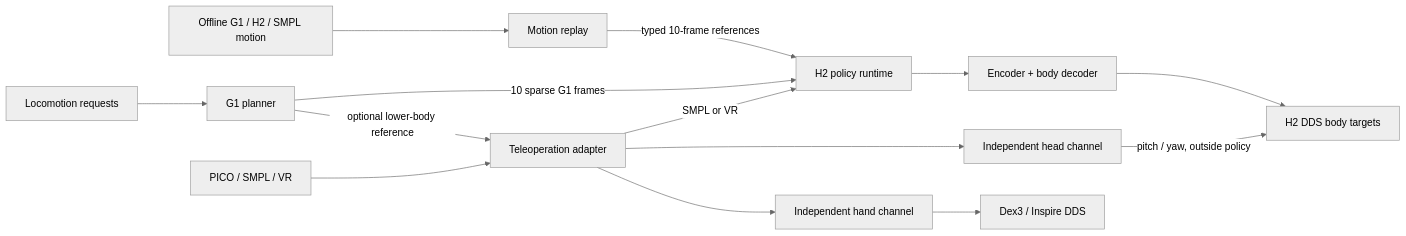
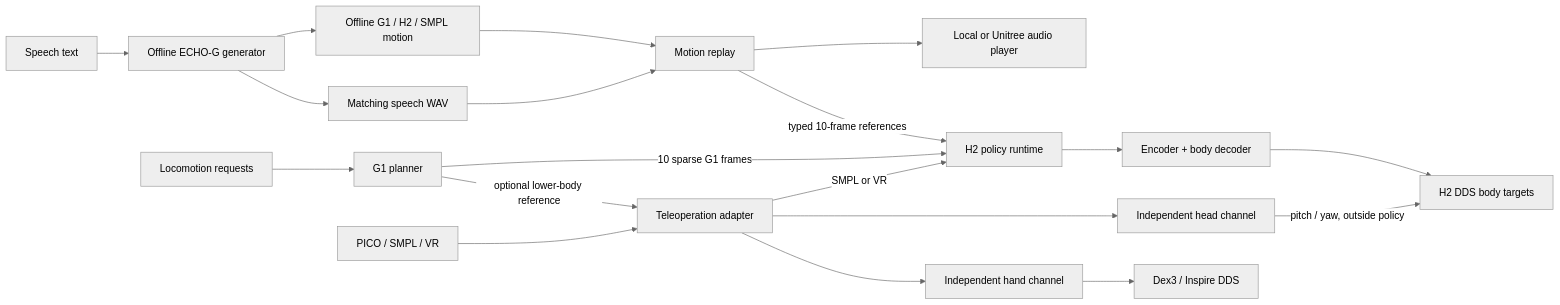
One commit to QinnyuLan/SONIC_unitree_h2 changed the diagram in docs/ARCHITECTURE.md. Above: the diagram before and after it, drawn with Mermaid (neutral theme). The commit also changed other lines of this file and 37 other files, not shown here.

Commit message:
Add offline ECHO-G speech and G1 gesture replay

````diff
--- a/docs/ARCHITECTURE.md
+++ b/docs/ARCHITECTURE.md
@@ -7,16 +7,21 @@
 ```mermaid
 flowchart LR
-  R[Offline G1 / H2 / SMPL motion] --> M[Motion replay]
+  X[Speech text] --> G[Offline ECHO-G generator]
+  G --> R[Offline G1 / H2 / SMPL motion]
+  G --> A[Matching speech WAV]
+  R --> M[Motion replay]
+  A --> M
+  M --> S[Local or Unitree audio player]
   J[Locomotion requests] --> P[G1 planner]
   M -->|typed 10-frame references| B[H2 policy runtime]
   P -->|10 sparse G1 frames| B
   V[PICO / SMPL / VR] --> T[Teleoperation adapter]
   P -->|optional lower-body reference| T
   T -->|SMPL or VR| B
   B --> E[Encoder + body decoder]
   E --> D[H2 DDS body targets]
   T --> H[Independent head channel]
   T --> F[Independent hand channel]
   H -->|pitch / yaw, outside policy| D
   F --> K[Dex3 / Inspire DDS]
 ```
````
